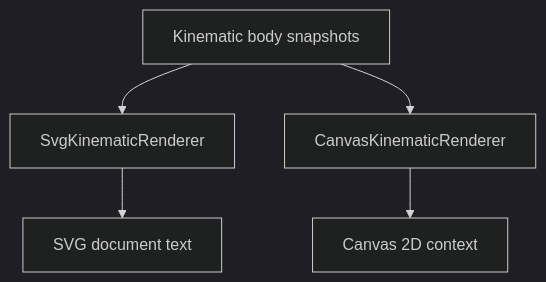
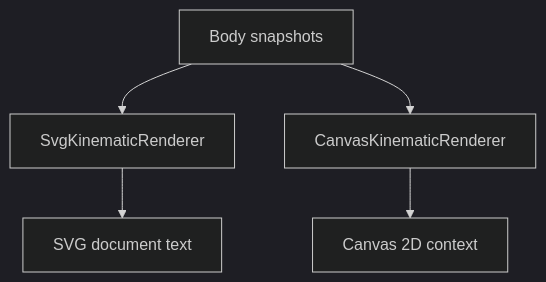
Before and after one commit to fa-ribeiro/vLab2D: the fifth of 5 diagrams in src/visualization/README.md, drawn with Mermaid (dark theme). The commit also changed other lines of this file and 5 other files, not shown here.

````diff
--- a/src/visualization/README.md
+++ b/src/visualization/README.md
@@ -199,13 +233,13 @@
 ```mermaid
 flowchart TD
-    S[Kinematic body snapshots]
+    S[Body snapshots]
 
     SVG[SvgKinematicRenderer]
     CANVAS[CanvasKinematicRenderer]
 
     DOC[SVG document text]
     CTX[Canvas 2D context]
 
     S --> SVG --> DOC
     S --> CANVAS --> CTX
 ```
````
